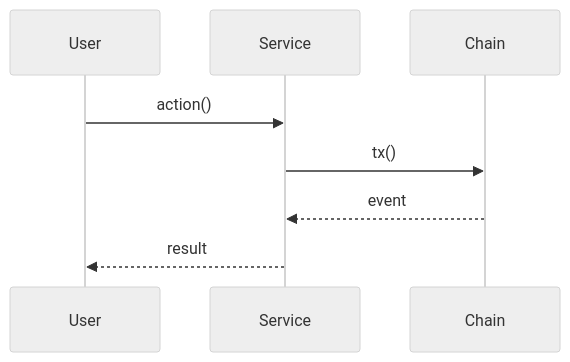
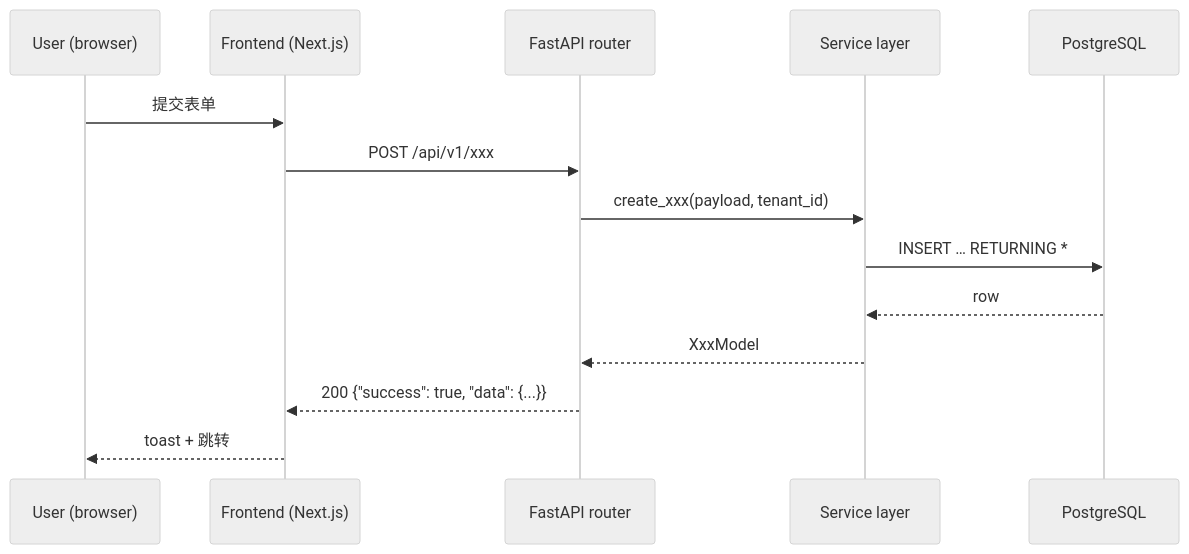
One commit to yihua-zhuo/agent-job changed the second of 2 diagrams in docs/dev-plan/_template-deep.md. Above: the diagram before and after it, drawn with Mermaid (neutral theme). The commit also changed other lines of this file and 31 other files, not shown here.

````diff
--- a/docs/dev-plan/_template-deep.md
+++ b/docs/dev-plan/_template-deep.md
@@ -72,10 +81,16 @@
 ```mermaid
 sequenceDiagram
-    participant U as User
-    participant S as Service
-    participant C as Chain
-    U->>S: action()
-    S->>C: tx()
-    C-->>S: event
-    S-->>U: result
+    participant U as User (browser)
+    participant F as Frontend (Next.js)
+    participant R as FastAPI router
+    participant S as Service layer
+    participant D as PostgreSQL
+    U->>F: 提交表单
+    F->>R: POST /api/v1/xxx
+    R->>S: create_xxx(payload, tenant_id)
+    S->>D: INSERT … RETURNING *
+    D-->>S: row
+    S-->>R: XxxModel
+    R-->>F: 200 {"success": true, "data": {...}}
+    F-->>U: toast + 跳转
 ```
````
